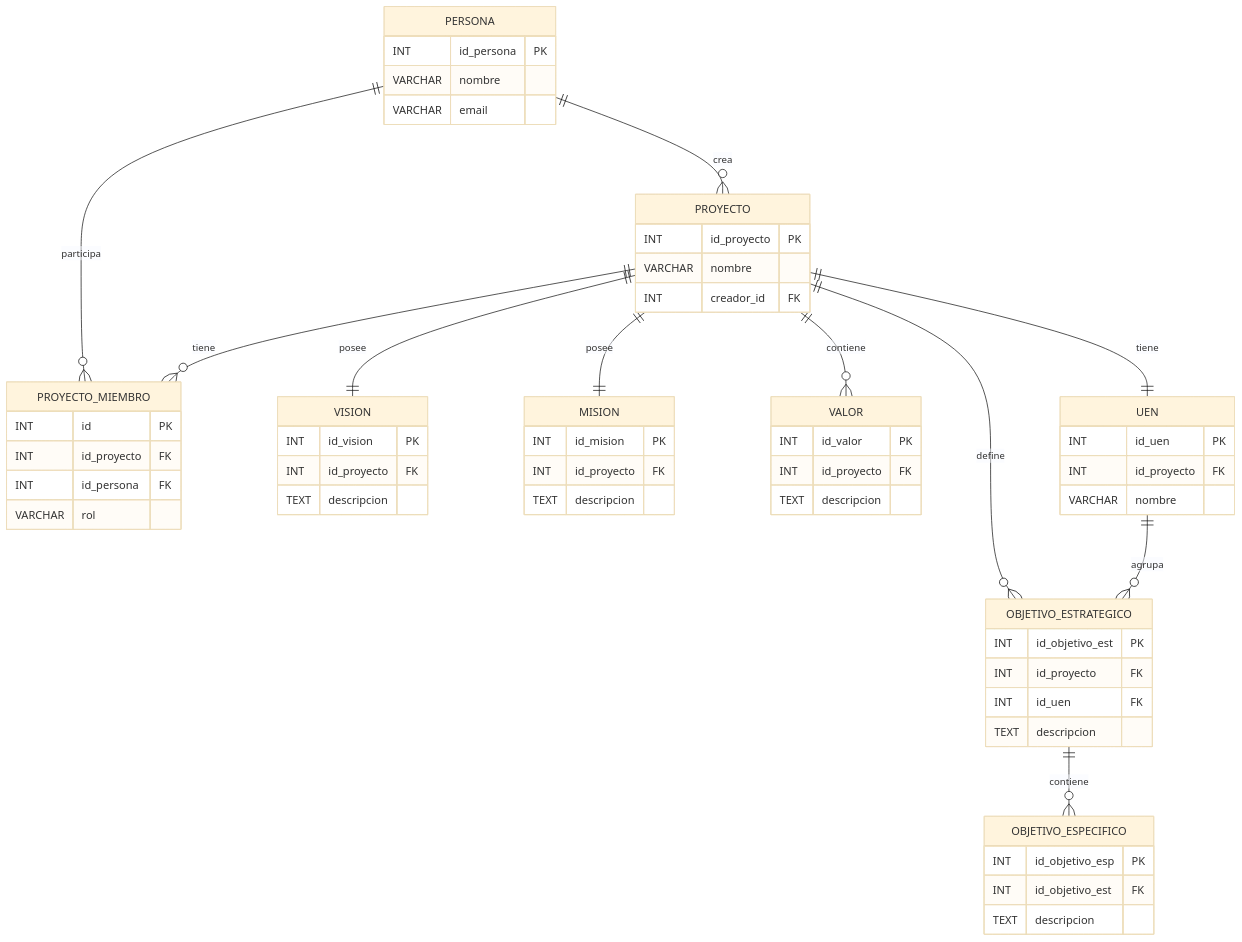
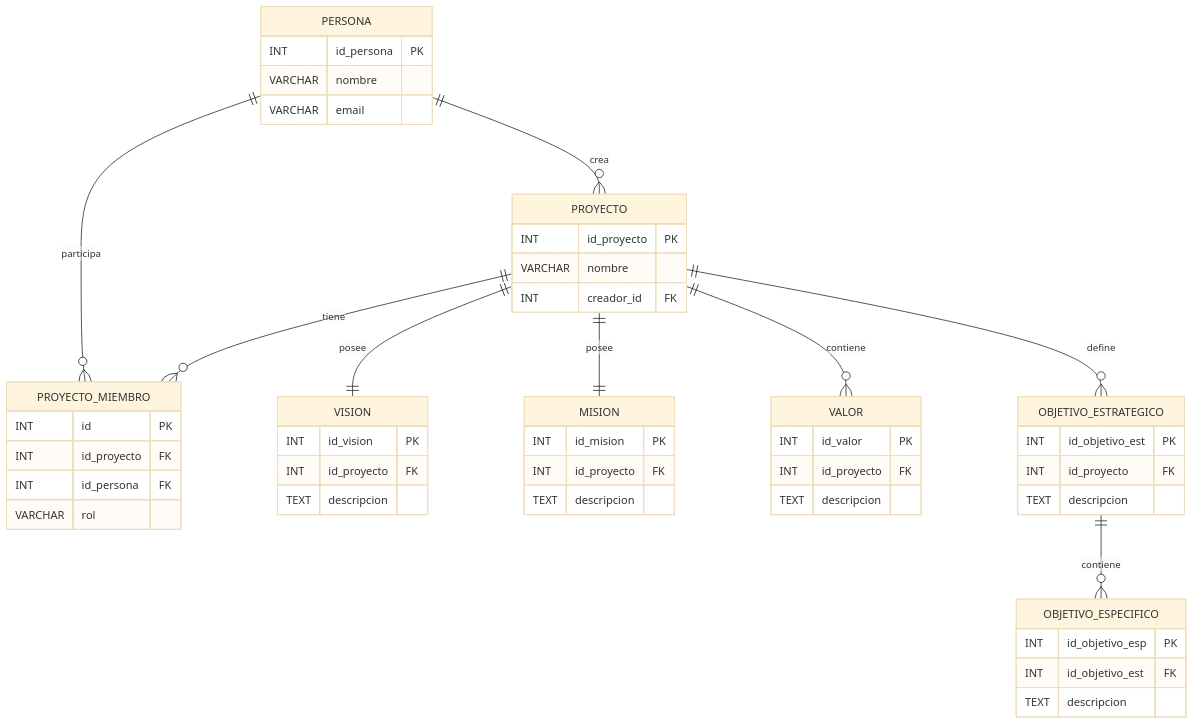
The diagram in base-datos.md (NestorSnIbz/ruta-inteligente-ti), drawn with Mermaid (base theme) before and after one commit. The commit also changed 14 other files, not shown here.

````diff
--- a/base-datos.md
+++ b/base-datos.md
@@ -3,73 +3,64 @@
 ```mermaid
 erDiagram
 
     PERSONA {
         INT id_persona PK
         VARCHAR nombre
         VARCHAR email
     }
 
     PROYECTO {
         INT id_proyecto PK
         VARCHAR nombre
         INT creador_id FK
     }
 
     PROYECTO_MIEMBRO {
         INT id PK
         INT id_proyecto FK
         INT id_persona FK
         VARCHAR rol
     }
 
     VISION {
         INT id_vision PK
         INT id_proyecto FK
         TEXT descripcion
     }
 
     MISION {
         INT id_mision PK
         INT id_proyecto FK
         TEXT descripcion
     }
 
     VALOR {
         INT id_valor PK
         INT id_proyecto FK
         TEXT descripcion
     }
 
-    UEN {
-        INT id_uen PK
-        INT id_proyecto FK
-        VARCHAR nombre
-    }
-
     OBJETIVO_ESTRATEGICO {
         INT id_objetivo_est PK
         INT id_proyecto FK
-        INT id_uen FK
         TEXT descripcion
     }
 
     OBJETIVO_ESPECIFICO {
         INT id_objetivo_esp PK
         INT id_objetivo_est FK
         TEXT descripcion
     }
 
     PERSONA ||--o{ PROYECTO : crea
     PERSONA ||--o{ PROYECTO_MIEMBRO : participa
     PROYECTO ||--o{ PROYECTO_MIEMBRO : tiene
 
     PROYECTO ||--|| VISION : posee
     PROYECTO ||--|| MISION : posee
     PROYECTO ||--o{ VALOR : contiene
-    PROYECTO ||--|| UEN : tiene
 
     PROYECTO ||--o{ OBJETIVO_ESTRATEGICO : define
-    UEN ||--o{ OBJETIVO_ESTRATEGICO : agrupa
 
     OBJETIVO_ESTRATEGICO ||--o{ OBJETIVO_ESPECIFICO : contiene
 ```
````
